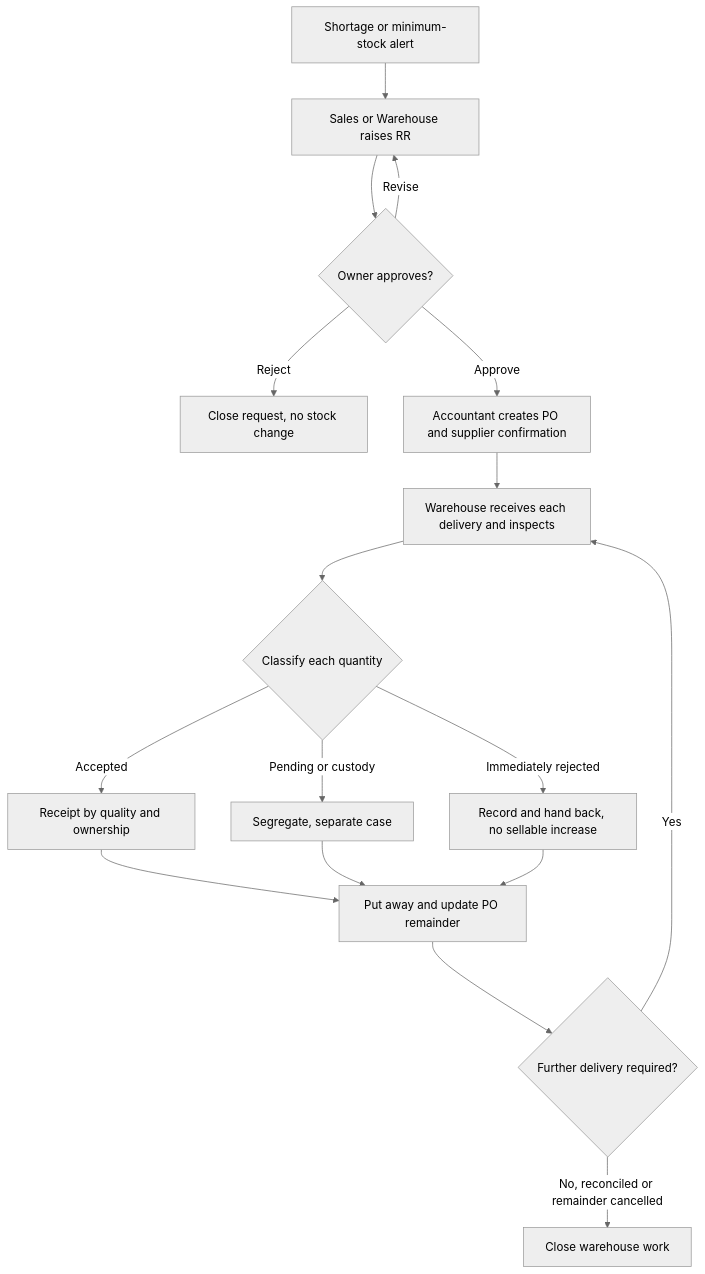
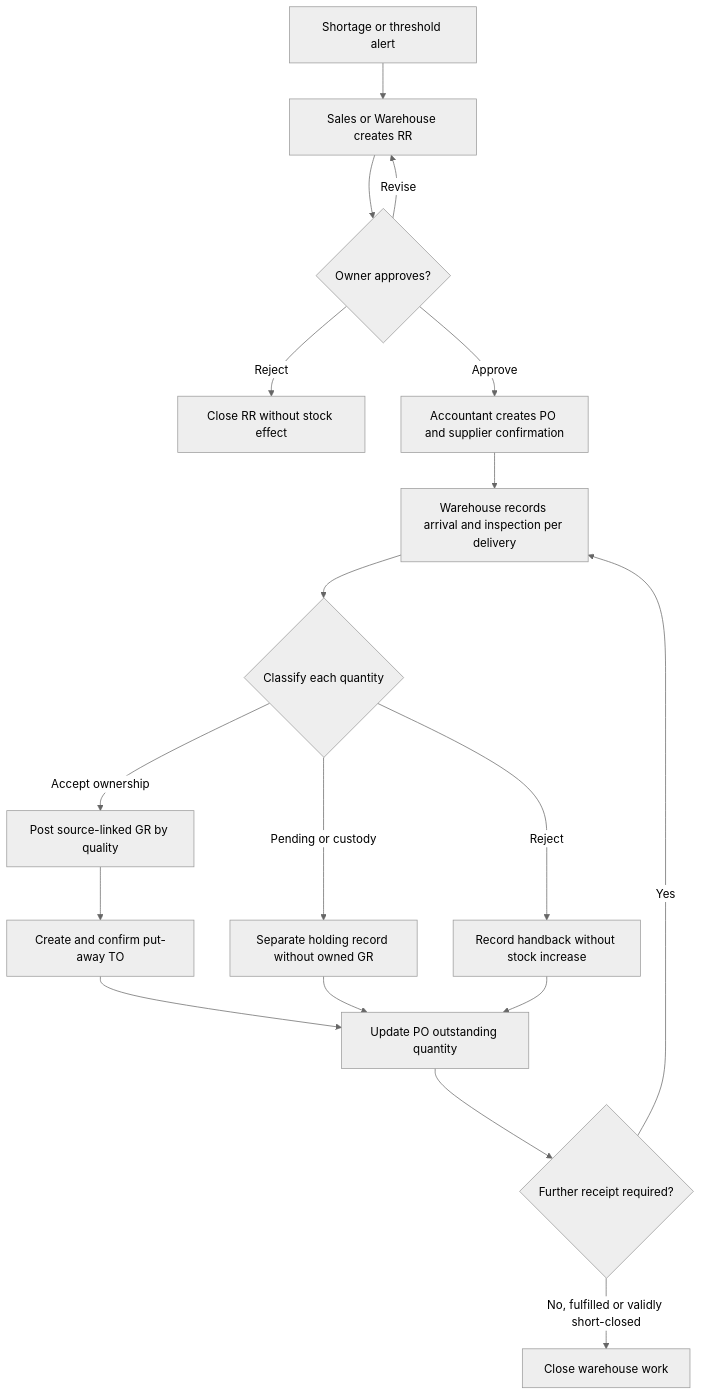
One commit to minhbach032003/docs_doan changed the second of 9 diagrams in docs/02_nghiep_vu/de_xuat_quy_trinh_2_EN.md. Above: the diagram before and after it, drawn with Mermaid (neutral theme). The commit also changed other lines of this file and 3 other files, not shown here.

````diff
--- a/docs/02_nghiep_vu/de_xuat_quy_trinh_2_EN.md
+++ b/docs/02_nghiep_vu/de_xuat_quy_trinh_2_EN.md
@@ -656,19 +666,20 @@
 ```mermaid
 flowchart TD
- A[Shortage or minimum-stock alert] --> B[Sales or Warehouse raises RR]
+ A[Shortage or threshold alert] --> B[Sales or Warehouse creates RR]
  B --> C{Owner approves?}
  C -->|Revise| B
- C -->|Reject| Z[Close request, no stock change]
+ C -->|Reject| Z[Close RR without stock effect]
  C -->|Approve| D[Accountant creates PO and supplier confirmation]
- D --> E[Warehouse receives each delivery and inspects]
+ D --> E[Warehouse records arrival and inspection per delivery]
  E --> F{Classify each quantity}
- F -->|Accepted| G[Receipt by quality and ownership]
- F -->|Pending or custody| H[Segregate, separate case]
- F -->|Immediately rejected| I[Record and hand back, no sellable increase]
- G --> J[Put away and update PO remainder]
+ F -->|Accept ownership| G[Post source-linked GR by quality]
+ F -->|Pending or custody| H[Separate holding record without owned GR]
+ F -->|Reject| I[Record handback without stock increase]
+ G --> T[Create and confirm put-away TO]
+ T --> J[Update PO outstanding quantity]
  H --> J
  I --> J
- J --> K{Further delivery required?}
+ J --> K{Further receipt required?}
  K -->|Yes| E
- K -->|No, reconciled or remainder cancelled| L[Close warehouse work]
+ K -->|No, fulfilled or validly short-closed| L[Close warehouse work]
 ```
````
